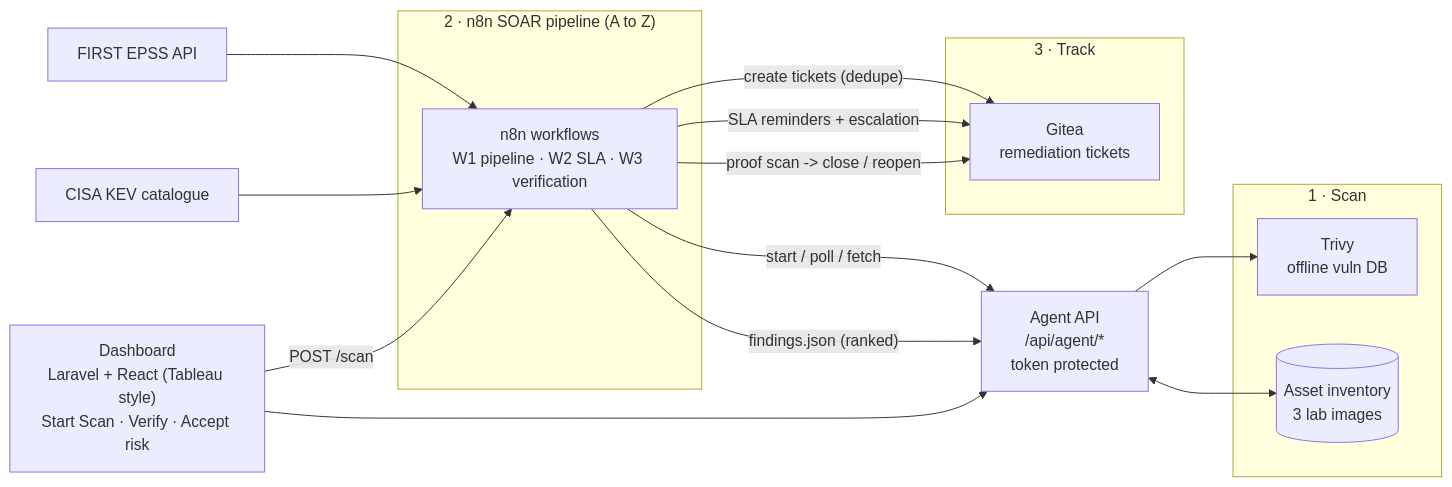
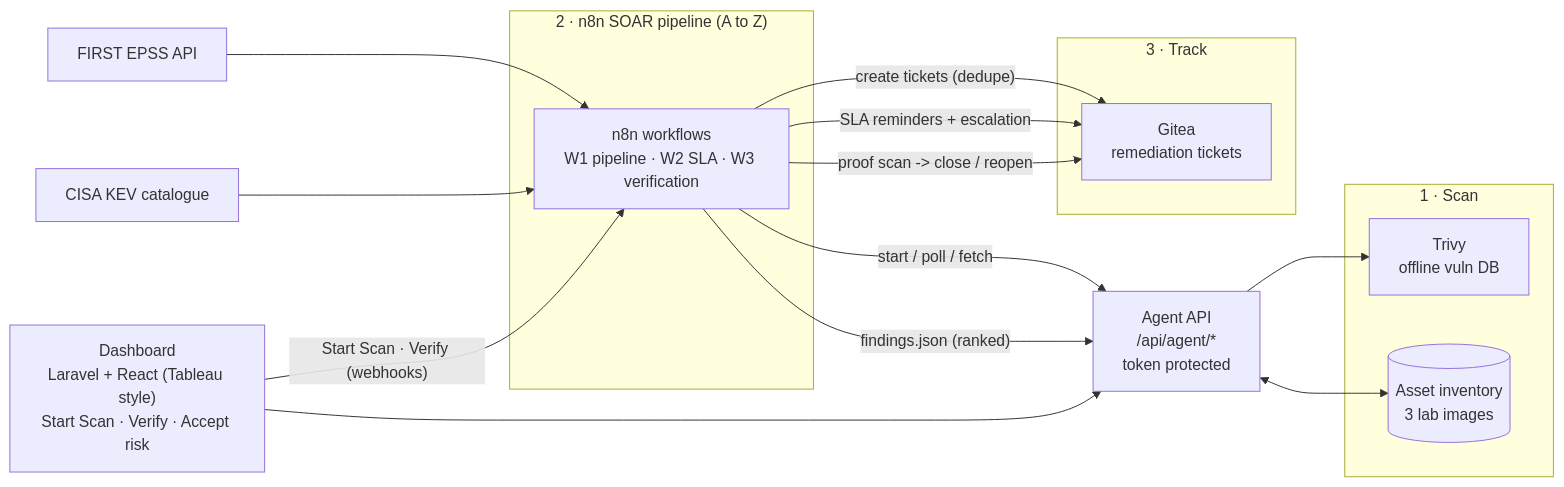
Before and after one commit to aminsmida2022-alt/Vulproject: the first of 4 diagrams in documentation/architecture.md, drawn with Mermaid. The commit also changed other lines of this file and 49 other files, not shown here.

````diff
--- a/documentation/architecture.md
+++ b/documentation/architecture.md
@@ -12,26 +12,26 @@
 ```mermaid
 flowchart LR
     DASH["Dashboard<br/>Laravel + React (Tableau style)<br/>Start Scan · Verify · Accept risk"]
     AGENT["Agent API<br/>/api/agent/*<br/>token protected"]
     subgraph A["1 · Scan"]
         TRIVY["Trivy<br/>offline vuln DB"]
         INV[("Asset inventory<br/>3 lab images")]
     end
     subgraph B["2 · n8n SOAR pipeline (A to Z)"]
         N8N["n8n workflows<br/>W1 pipeline · W2 SLA · W3 verification"]
     end
     subgraph C["3 · Track"]
         GITEA["Gitea<br/>remediation tickets"]
     end
     EPSS["FIRST EPSS API"] --> N8N
     KEV["CISA KEV catalogue"] --> N8N
-    DASH -- "POST /scan" --> N8N
+    DASH -- "Start Scan · Verify (webhooks)" --> N8N
     N8N -- "start / poll / fetch" --> AGENT
     AGENT --> TRIVY
     AGENT <--> INV
     N8N -- "findings.json (ranked)" --> AGENT
     N8N -- "create tickets (dedupe)" --> GITEA
     N8N -- "SLA reminders + escalation" --> GITEA
     N8N -- "proof scan -> close / reopen" --> GITEA
     DASH --> AGENT
 ```
````
